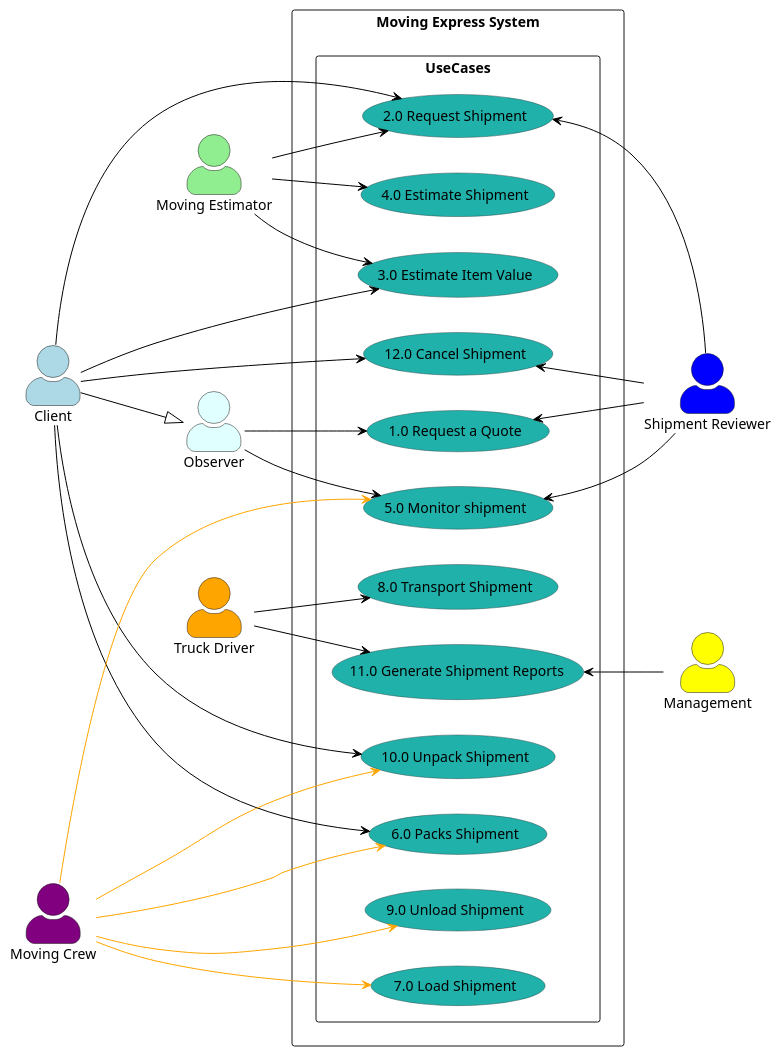
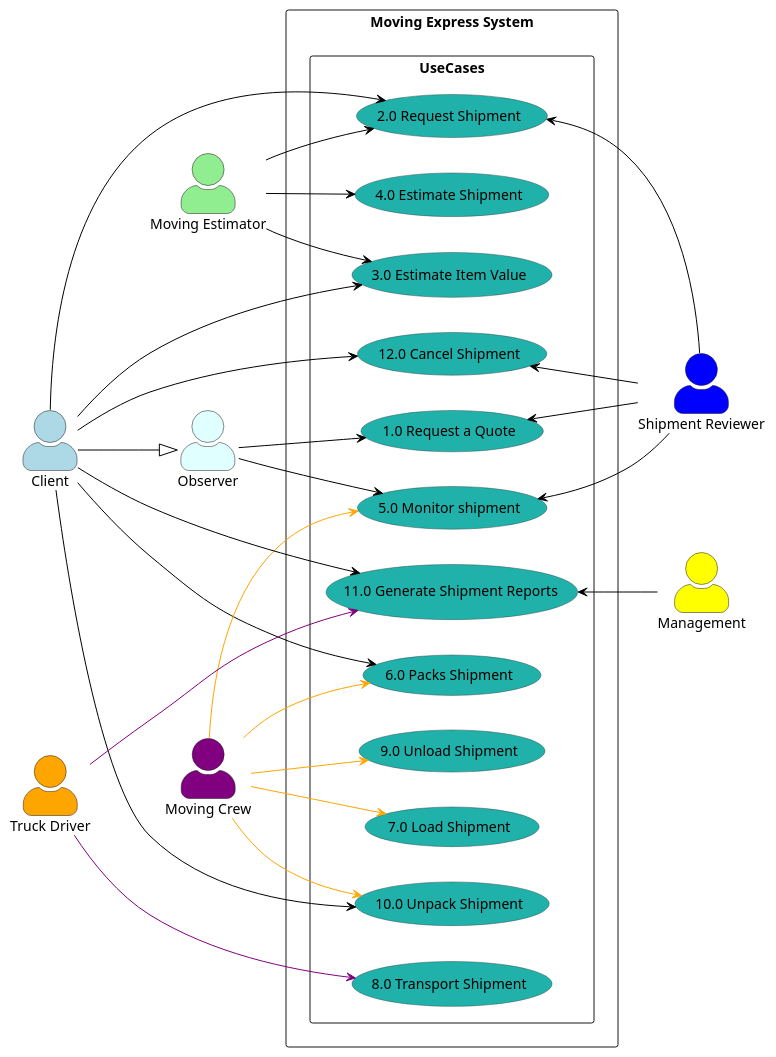
The diagram in Diagrams/UseCaseDiagrams/HighShipmentMS.puml (nic5694/MovingExpress), drawn with PlantUML before and after one commit. The commit also changed 1 other file, not shown here.

```diff
--- a/Diagrams/UseCaseDiagrams/HighShipmentMS.puml
+++ b/Diagrams/UseCaseDiagrams/HighShipmentMS.puml
@@ -1,70 +1,72 @@
 @startuml
 
 left to right direction
 skinparam actorStyle awesome
 skinparam usecase {
     BackgroundColor DarkSeaGreen
     BorderColor DarkSlateGray
     ArrowColor Black
     ActorBorderColor black
     ActorFontName Courier
     ActorBackgroundColor<< Human >> Gold
 }
 
 actor Client as "Client" #LightBlue
 actor "Moving Estimator" as MovingEstimator #LightGreen
 actor "Truck Driver" as VanDriver #Orange
 actor "Moving Crew" as MovingCrew #Purple
 actor Management as "Management" #Yellow
 actor "Shipment Reviewer" as ShipmentReviewer #Blue
 actor "Observer" as Observer #LightCyan
 
 rectangle "Moving Express System" {
     rectangle UseCases {
       usecase "1.0 Request a Quote" as UC1 #LightSeaGreen
       usecase "2.0 Request Shipment" as UC2 #LightSeaGreen
       usecase "3.0 Estimate Item Value" as UC3 #LightSeaGreen
       usecase "4.0 Estimate Shipment" as UC4 #LightSeaGreen
       usecase "5.0 Monitor shipment" as UC5 #LightSeaGreen
       usecase "8.0 Transport Shipment" as UC8 #LightSeaGreen
       usecase "6.0 Packs Shipment" as UC6 #LightSeaGreen
       usecase "7.0 Load Shipment" as UC7 #LightSeaGreen
       usecase "9.0 Unload Shipment" as UC9 #LightSeaGreen
       usecase "10.0 Unpack Shipment" as UC10 #LightSeaGreen
       usecase "11.0 Generate Shipment Reports" as UC11 #LightSeaGreen
       usecase "12.0 Cancel Shipment" as UC12 #LightSeaGreen
     }
 }
 
 Client --|> Observer
 
 Client ---> UC12
 Client ---> UC6
 Client ---> UC3
 Client ---> UC2
 Client ---> UC10
 
 Observer --> UC1
 Observer --> UC5
 
 MovingEstimator --> UC2
 MovingEstimator --> UC4
 MovingEstimator --> UC3
 
-VanDriver --> UC8
+VanDriver -[#Purple]-> UC8
 
-MovingCrew -[#Orange]--> UC6
-MovingCrew -[#Orange]--> UC5
-MovingCrew -[#Orange]--> UC7
-MovingCrew -[#Orange]--> UC9
-MovingCrew -[#Orange]--> UC10
+MovingCrew -[#Orange]-> UC6
+MovingCrew -[#Orange]-> UC5
+MovingCrew -[#Orange]-> UC7
+MovingCrew -[#Orange]-> UC9
+MovingCrew -[#Orange]-> UC10
 
+Client --> UC11
 UC11 <-- Management
-VanDriver --> UC11
+VanDriver --[#Purple]-> UC11
+
 
 UC2 <-- ShipmentReviewer
 UC1 <-- ShipmentReviewer
 UC12 <-- ShipmentReviewer
 UC5 <-- ShipmentReviewer
 
 @enduml
```
